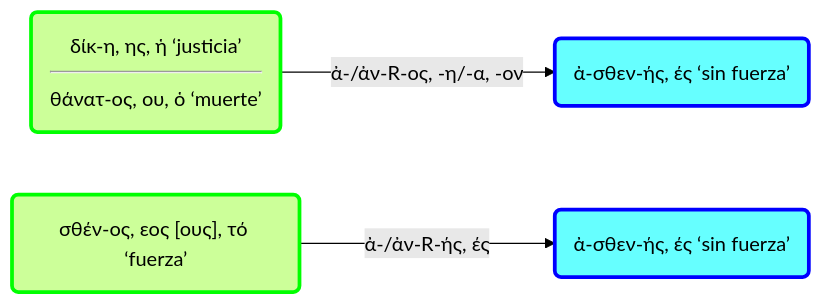
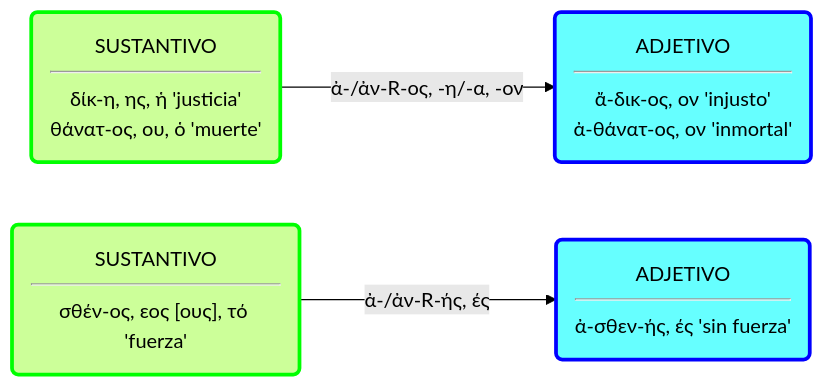
The second of 3 diagrams in docs/Proyecto_Innova_2025_2026/notas/Pref_a_an.md (pajaro1966/Asignaturas), drawn with Mermaid (forest theme) before and after one commit. The commit also changed other lines of this file and 4 other files, not shown here.

````diff
--- a/docs/Proyecto_Innova_2025_2026/notas/Pref_a_an.md
+++ b/docs/Proyecto_Innova_2025_2026/notas/Pref_a_an.md
@@ -47,38 +49,38 @@
 ```mermaid
 graph LR
 
-A2("δίκ-η, ης, ἡ ‘justicia’<hr>θάνατ-ος, ου, ὁ ‘muerte’")-->|"ἀ-/ἀν-R-ος, -η/-α, -ον"|B2("ἀ-σθεν-ής, ές ‘sin fuerza’")
+A2("SUSTANTIVO<hr>δίκ-η, ης, ἡ 'justicia'<br>θάνατ-ος, ου, ὁ 'muerte'")-->|" ἀ-/ἀν-R-ος, -η/-α, -ον "|B2("ADJETIVO<hr>ἄ-δικ-ος, ον 'injusto'<br>ἀ-θάνατ-ος, ον 'inmortal'")
 
-A3("σθέν-ος, εος [ους], τό ‘fuerza’")-->|"ἀ-/ἀν-R-ής, ές"|B3("ἀ-σθεν-ής, ές ‘sin fuerza’")
+A3("SUSTANTIVO<hr>σθέν-ος, εος [ους], τό 'fuerza'")-->|" ἀ-/ἀν-R-ής, ές "|B3("ADJETIVO<hr>ἀ-σθεν-ής, ές 'sin fuerza'")
 
 A2:::Sust
 B2:::Adj
 A3:::Sust
 B3:::Adj
 
 classDef Verb stroke:#f00, stroke-width:3px
 classDef Sust stroke:#0f0, stroke-width:3px
 classDef Adj stroke:#00f, stroke-width:3px
 classDef Adv stroke:brown, stroke-width:3px
 classDef Nada stroke:#000000, stroke-width:2px
 classDef Raíz stroke:#000000, stroke-width:3px
 
 classDef Prep stroke:black, stroke-width:3px
 
 classDef Prep stroke:yellow, stroke-width:3px
 classDef SP stroke:yellow, stroke-width:3px
 
 classDef Inf stroke-width:1px, stroke-dasharray: 10, 5
 classDef Verb fill:#ffCCCC
 classDef Sust fill:#CCff99
 classDef Adj fill:#66FFFF
 classDef Adv fill:Bisque
 classDef Nada fill:#ffffff
 classDef Raíz fill:#ffffff
 
 classDef Pref fill:LightGray
 
 classDef Prep fill:LemonChiffon
 classDef SP fill:#CCff99
 
 ```
````
